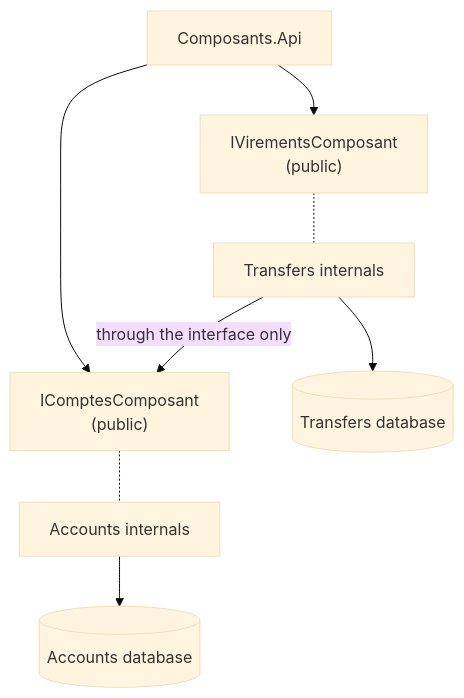
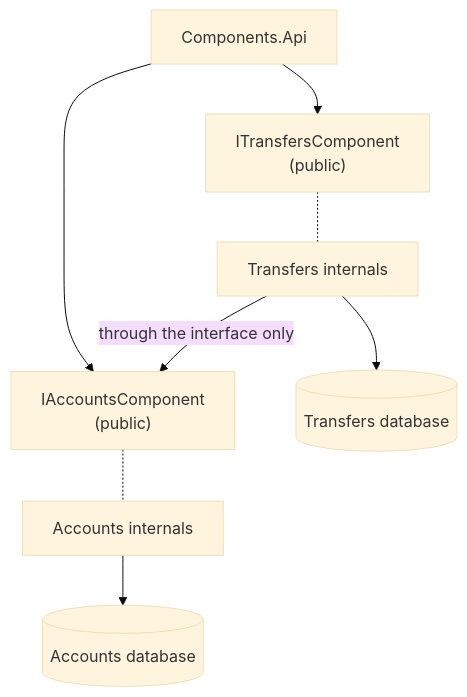
Before and after one commit to drangoht/ArchitecturesDemo: the diagram in Docs/en/fiches/06-composants.md, drawn with Mermaid (base theme). The commit also changed other lines of this file and 78 other files, not shown here.

First line of the commit message:
Docs EN : identifiants, liens, diagrammes et sorties alignés sur le code anglais

````diff
--- a/Docs/en/fiches/06-composants.md
+++ b/Docs/en/fiches/06-composants.md
@@ -10,9 +10,9 @@
 ```mermaid
 flowchart TB
-    Api["Composants.Api"] --> IC["IComptesComposant<br/>(public)"]
-    Api --> IV["IVirementsComposant<br/>(public)"]
+    Api["Components.Api"] --> IC["IAccountsComponent<br/>(public)"]
+    Api --> IV["ITransfersComponent<br/>(public)"]
     IV -.- VI["Transfers internals"] -->|"through the interface only"| IC
     IC -.- CI["Accounts internals"]
     CI --> DB1[("Accounts database")]
     VI --> DB2[("Transfers database")]
 ```
````
